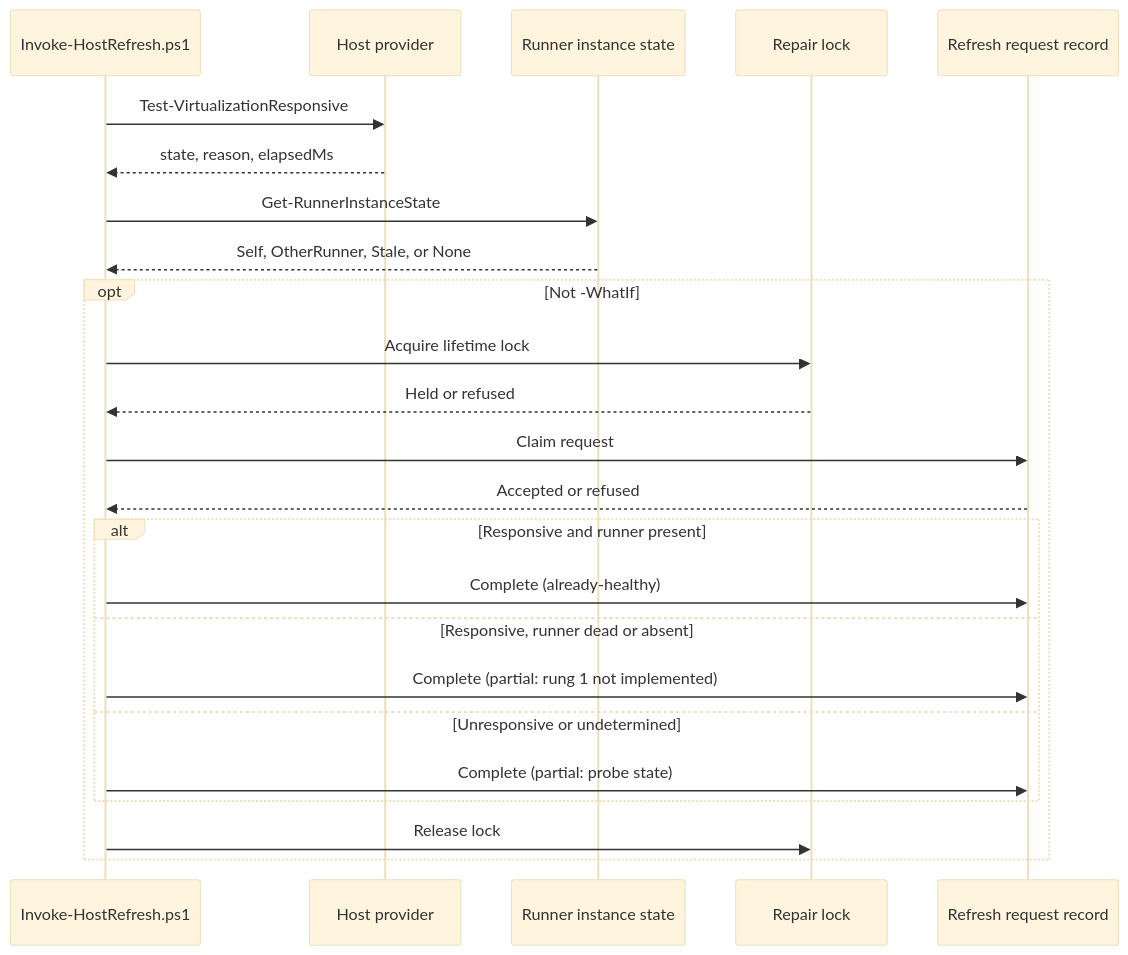
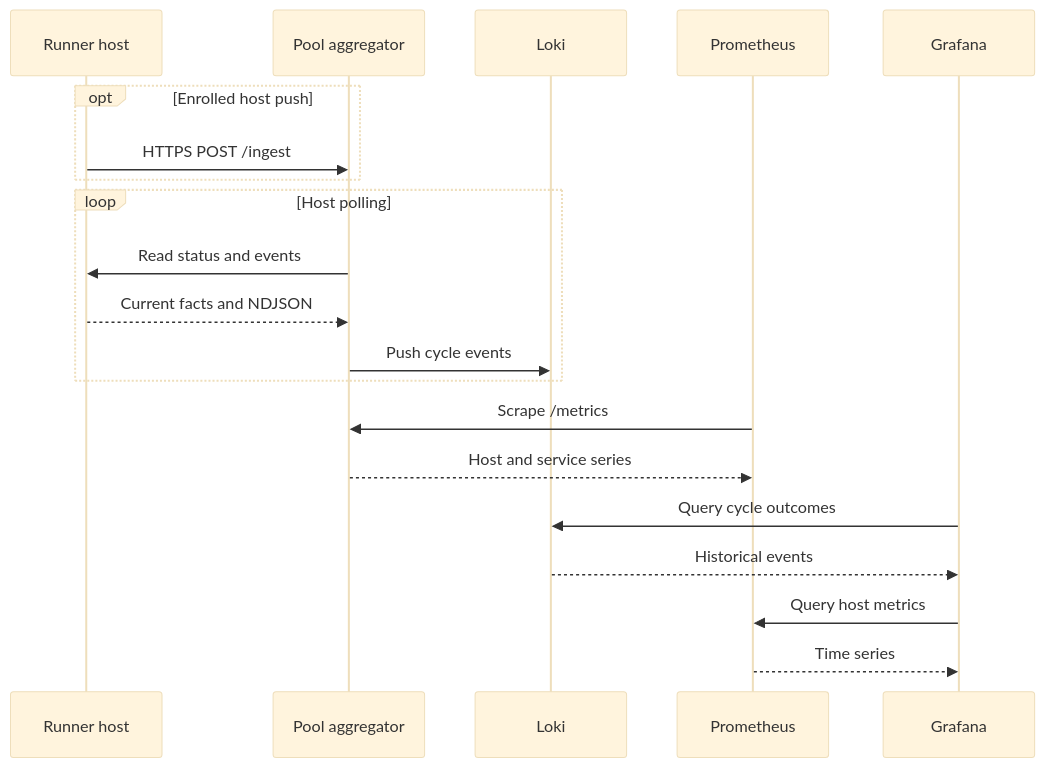
Before and after one commit to alissonsol/yuruna: the eighth of 8 diagrams in docs/design/03-data-flows.md, drawn with Mermaid (base theme). The commit also changed other lines of this file and 1383 other files, not shown here.

````diff
--- a/docs/design/03-data-flows.md
+++ b/docs/design/03-data-flows.md
@@ -231,26 +322,22 @@
 ```mermaid
 sequenceDiagram
-    participant invoke-host-refresh as Invoke-HostRefresh.ps1
-    participant yuruna-host as Host provider
-    participant runner-state as Runner instance state
-    participant single-flight-lock as Repair lock
-    participant host-refresh-intent as Refresh request record
-    invoke-host-refresh->>yuruna-host: Test-VirtualizationResponsive
-    yuruna-host-->>invoke-host-refresh: state, reason, elapsedMs
-    invoke-host-refresh->>runner-state: Get-RunnerInstanceState
-    runner-state-->>invoke-host-refresh: Self, OtherRunner, Stale, or None
-    opt Not -WhatIf
-        invoke-host-refresh->>single-flight-lock: Acquire lifetime lock
-        single-flight-lock-->>invoke-host-refresh: Held or refused
-        invoke-host-refresh->>host-refresh-intent: Claim request
-        host-refresh-intent-->>invoke-host-refresh: Accepted or refused
-        alt Responsive and runner present
-            invoke-host-refresh->>host-refresh-intent: Complete (already-healthy)
-        else Responsive, runner dead or absent
-            invoke-host-refresh->>host-refresh-intent: Complete (partial: rung 1 not implemented)
-        else Unresponsive or undetermined
-            invoke-host-refresh->>host-refresh-intent: Complete (partial: probe state)
-        end
-        invoke-host-refresh->>single-flight-lock: Release lock
+    participant start-statusservice-ps1 as Runner host
+    participant pool-aggregator-service as Pool aggregator
+    participant loki as Loki
+    participant prometheus as Prometheus
+    participant grafana as Grafana
+    opt Enrolled host push
+        start-statusservice-ps1->>pool-aggregator-service: HTTPS POST /ingest
     end
+    loop Host polling
+        pool-aggregator-service->>start-statusservice-ps1: Read status and events
+        start-statusservice-ps1-->>pool-aggregator-service: Current facts and NDJSON
+        pool-aggregator-service->>loki: Push cycle events
+    end
+    prometheus->>pool-aggregator-service: Scrape /metrics
+    pool-aggregator-service-->>prometheus: Host and service series
+    grafana->>loki: Query cycle outcomes
+    loki-->>grafana: Historical events
+    grafana->>prometheus: Query host metrics
+    prometheus-->>grafana: Time series
 ```
````
